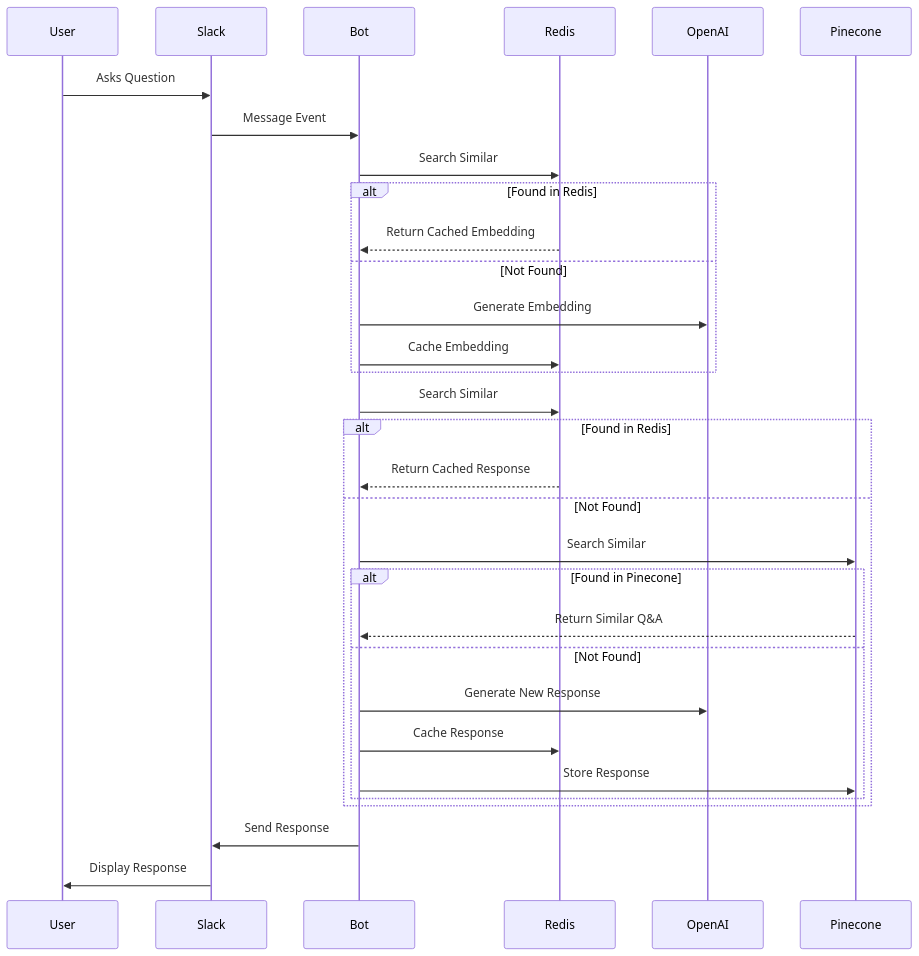
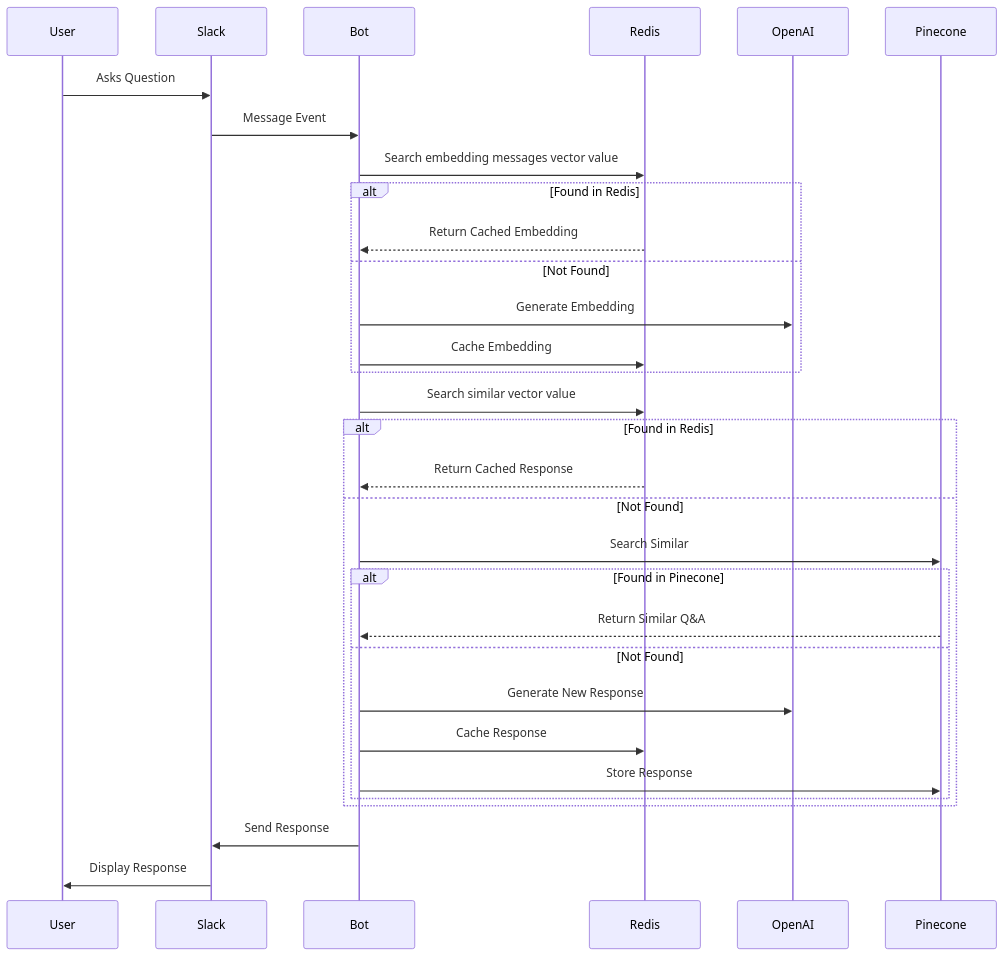
One commit to wgod58/slack-bot-ai changed the third of 5 diagrams in README.md. Above: the diagram before and after it, drawn with Mermaid. The commit also changed other lines of this file and 1 other file, not shown here.

````diff
--- a/README.md
+++ b/README.md
@@ -113,27 +113,27 @@
    ```mermaid
    sequenceDiagram
        User->>Slack: Asks Question
        Slack->>Bot: Message Event
-       Bot->>Redis: Search Similar
+       Bot->>Redis: Search embedding messages vector value
        alt Found in Redis
            Redis-->>Bot: Return Cached Embedding
        else Not Found
            Bot->>OpenAI: Generate Embedding
            Bot->>Redis: Cache Embedding
        end
-       Bot->>Redis: Search Similar
+       Bot->>Redis: Search similar vector value
        alt Found in Redis
            Redis-->>Bot: Return Cached Response
        else Not Found
            Bot->>Pinecone: Search Similar
            alt Found in Pinecone
                Pinecone-->>Bot: Return Similar Q&A
            else Not Found
                Bot->>OpenAI: Generate New Response
                Bot->>Redis: Cache Response
                Bot->>Pinecone: Store Response
            end
        end
        Bot->>Slack: Send Response
        Slack->>User: Display Response
    ```
````
